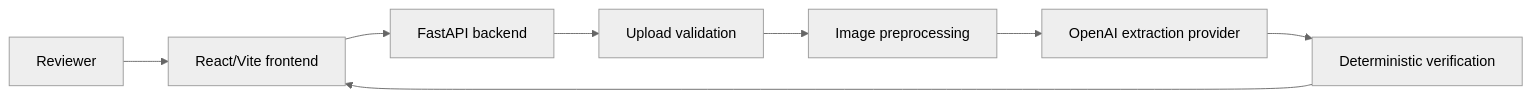
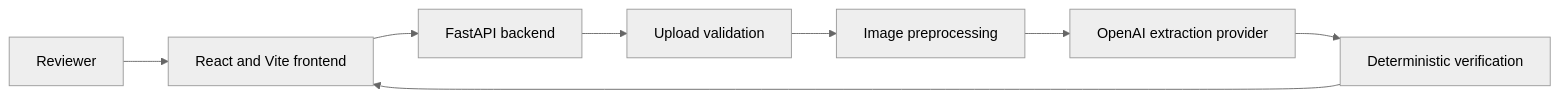
The diagram in docs/architecture/system-overview.md (nicolasgioanni/Compliance-Label-Assistant), drawn with Mermaid (neutral theme) before and after one commit. The commit also changed 8 other files, not shown here.

````diff
--- a/docs/architecture/system-overview.md
+++ b/docs/architecture/system-overview.md
@@ -24,10 +24,10 @@
 ```mermaid
 flowchart LR
-  U[Reviewer] --> F[React/Vite frontend]
+  U[Reviewer] --> F[React and Vite frontend]
   F --> A[FastAPI backend]
   A --> V[Upload validation]
   V --> P[Image preprocessing]
   P --> O[OpenAI extraction provider]
   O --> R[Deterministic verification]
   R --> F
 ```
````
